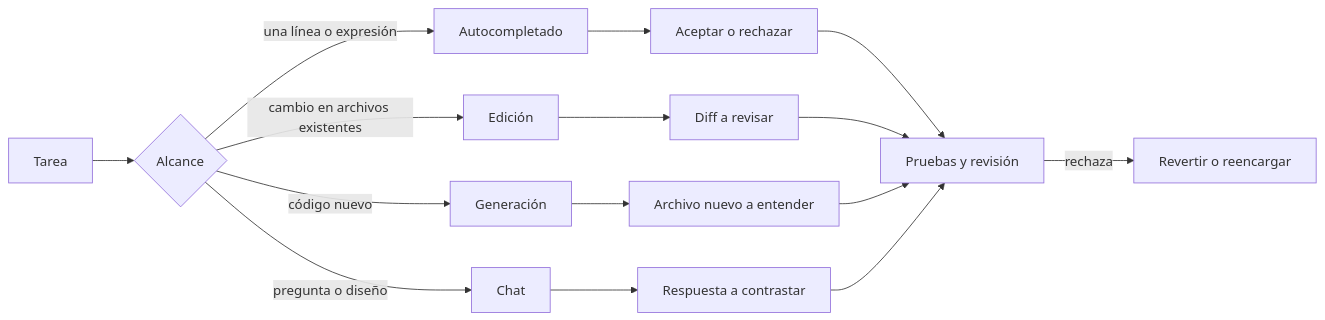
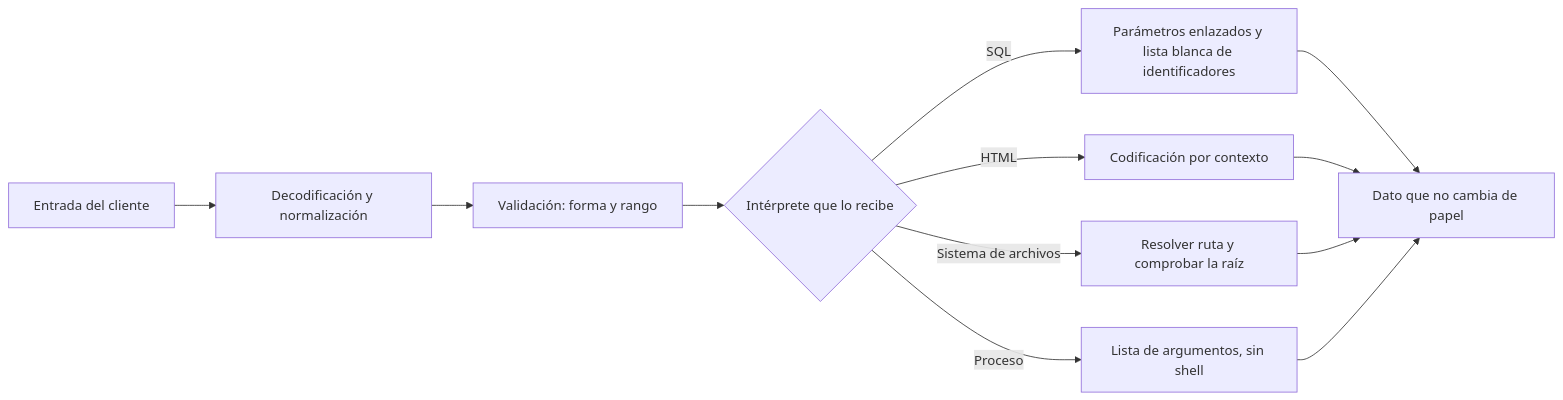
The diagram in content/part-38/SE-460.md (vladimiracunadev-create/modern-software-engineering-program), drawn with Mermaid before and after one commit. The commit also changed other lines of this file and 5193 other files, not shown here.

````diff
--- a/content/part-38/SE-460.md
+++ b/content/part-38/SE-460.md
@@ -56,17 +56,14 @@
 ```mermaid
 flowchart LR
-    A[Tarea] --> B{Alcance}
-    B -->|una línea o expresión| C[Autocompletado]
-    B -->|pregunta o diseño| D[Chat]
-    B -->|cambio en archivos existentes| E[Edición]
-    B -->|código nuevo| F[Generación]
-    C --> G[Aceptar o rechazar]
-    D --> H[Respuesta a contrastar]
-    E --> I[Diff a revisar]
-    F --> J[Archivo nuevo a entender]
-    G --> K[Pruebas y revisión]
-    I --> K
-    J --> K
-    H --> K
-    K -->|rechaza| L[Revertir o reencargar]
+    A[Entrada del cliente] --> B[Decodificación y normalización]
+    B --> C[Validación: forma y rango]
+    C --> D{Intérprete que lo recibe}
+    D -->|SQL| E[Parámetros enlazados y lista blanca de identificadores]
+    D -->|HTML| F[Codificación por contexto]
+    D -->|Sistema de archivos| G[Resolver ruta y comprobar la raíz]
+    D -->|Proceso| H[Lista de argumentos, sin shell]
+    E --> I[Dato que no cambia de papel]
+    F --> I
+    G --> I
+    H --> I
 ```
````
